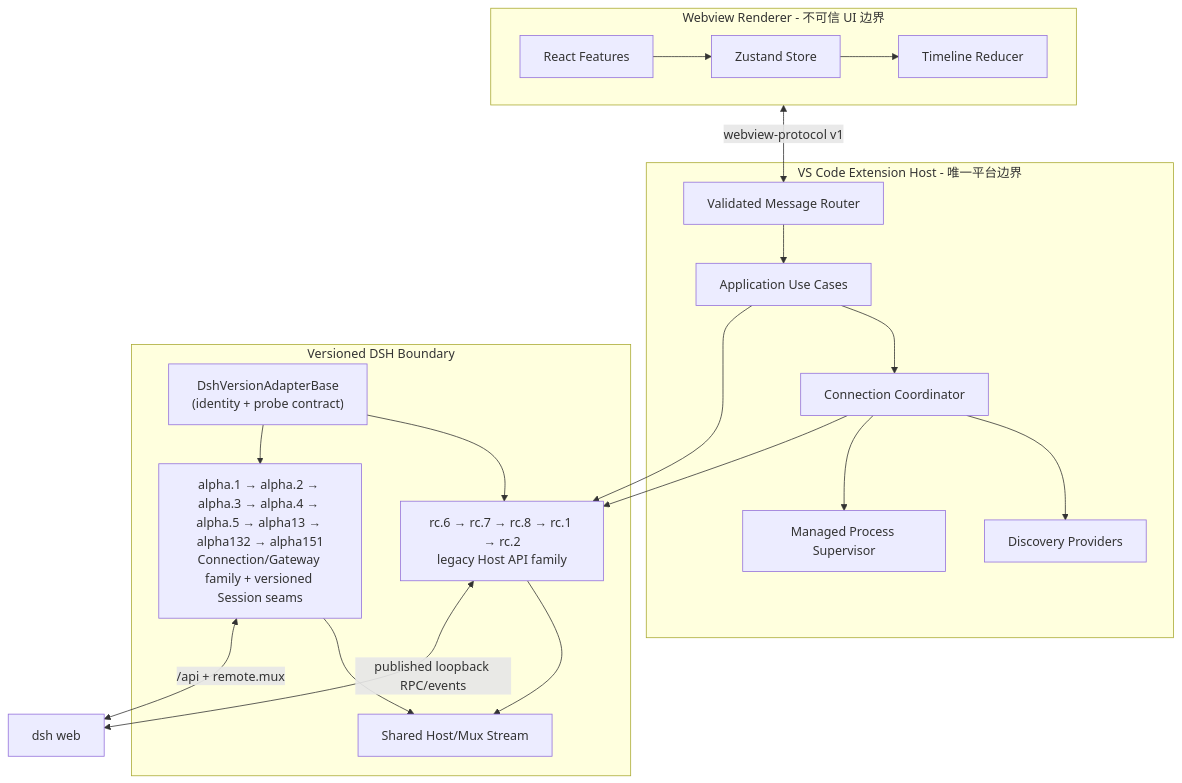
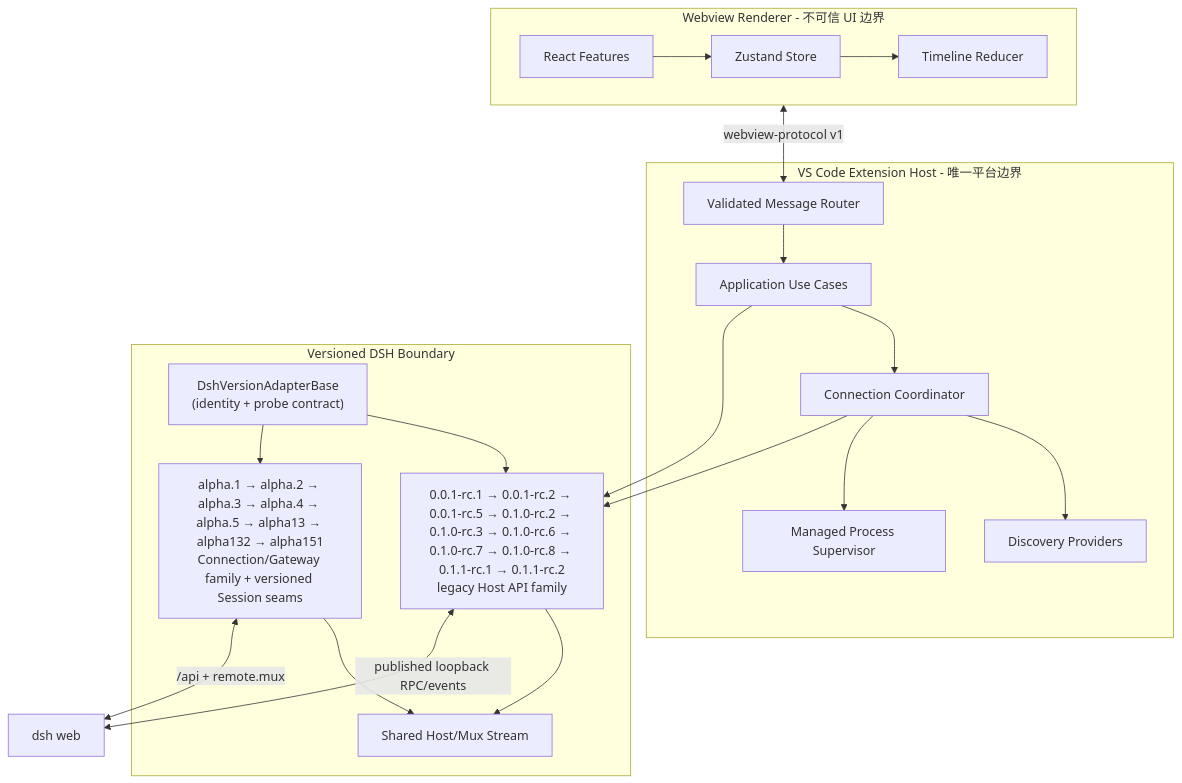
Before and after one commit to Jabofish/deepseek-harness-vscode: the first of 2 diagrams in docs/architecture.md, drawn with Mermaid. The commit also changed other lines of this file and 34 other files, not shown here.

````diff
--- a/docs/architecture.md
+++ b/docs/architecture.md
@@ -5,38 +5,38 @@
 ```mermaid
 flowchart TB
   subgraph Renderer["Webview Renderer - 不可信 UI 边界"]
     REACT["React Features"]
     STORE["Zustand Store"]
     TL["Timeline Reducer"]
     REACT --> STORE --> TL
   end
 
   subgraph Host["VS Code Extension Host - 唯一平台边界"]
     ROUTER["Validated Message Router"]
     UC["Application Use Cases"]
     CC["Connection Coordinator"]
     DISC["Discovery Providers"]
     SUP["Managed Process Supervisor"]
     ROUTER --> UC
     UC --> CC
     CC --> DISC
     CC --> SUP
   end
 
   subgraph Adapter["Versioned DSH Boundary"]
     BASE["DshVersionAdapterBase\n(identity + probe contract)"]
-    RC6["rc.6 → rc.7 → rc.8 → rc.1 → rc.2\nlegacy Host API family"]
+    RC6["0.0.1-rc.1 → 0.0.1-rc.2 → 0.0.1-rc.5 → 0.1.0-rc.2 → 0.1.0-rc.3 → 0.1.0-rc.6 → 0.1.0-rc.7 → 0.1.0-rc.8 → 0.1.1-rc.1 → 0.1.1-rc.2\nlegacy Host API family"]
     ALPHA["alpha.1 → alpha.2 → alpha.3 → alpha.4 → alpha.5 → alpha13 → alpha132 → alpha151\nConnection/Gateway family + versioned Session seams"]
     STREAM["Shared Host/Mux Stream"]
     BASE --> RC6
     BASE --> ALPHA
     RC6 --> STREAM
     ALPHA --> STREAM
   end
 
   Renderer <-->|"webview-protocol v1"| ROUTER
   UC --> RC6
   CC --> RC6
   RC6 <-->|"published loopback RPC/events"| DSH["dsh web"]
   ALPHA <-->|"/api + remote.mux"| DSH
 ```
````
